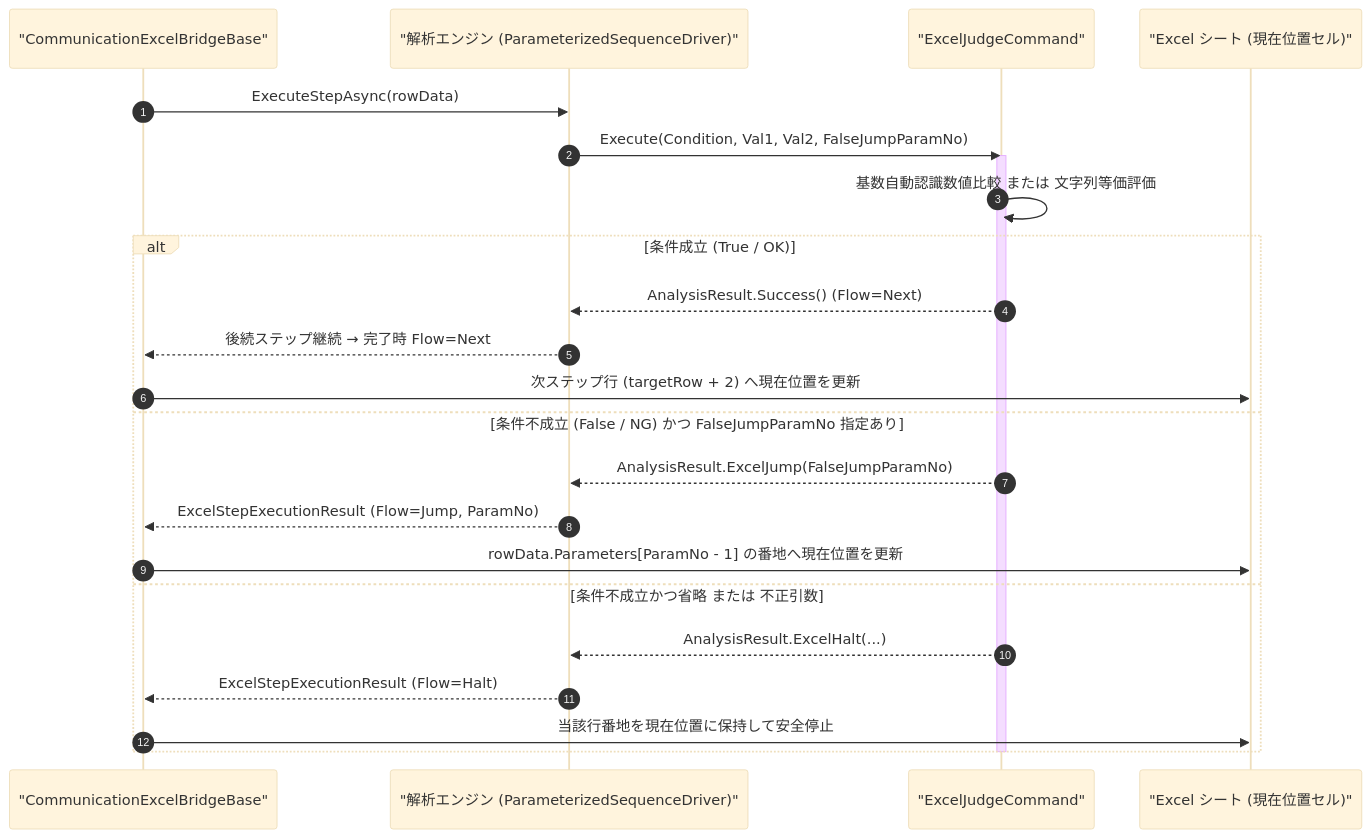
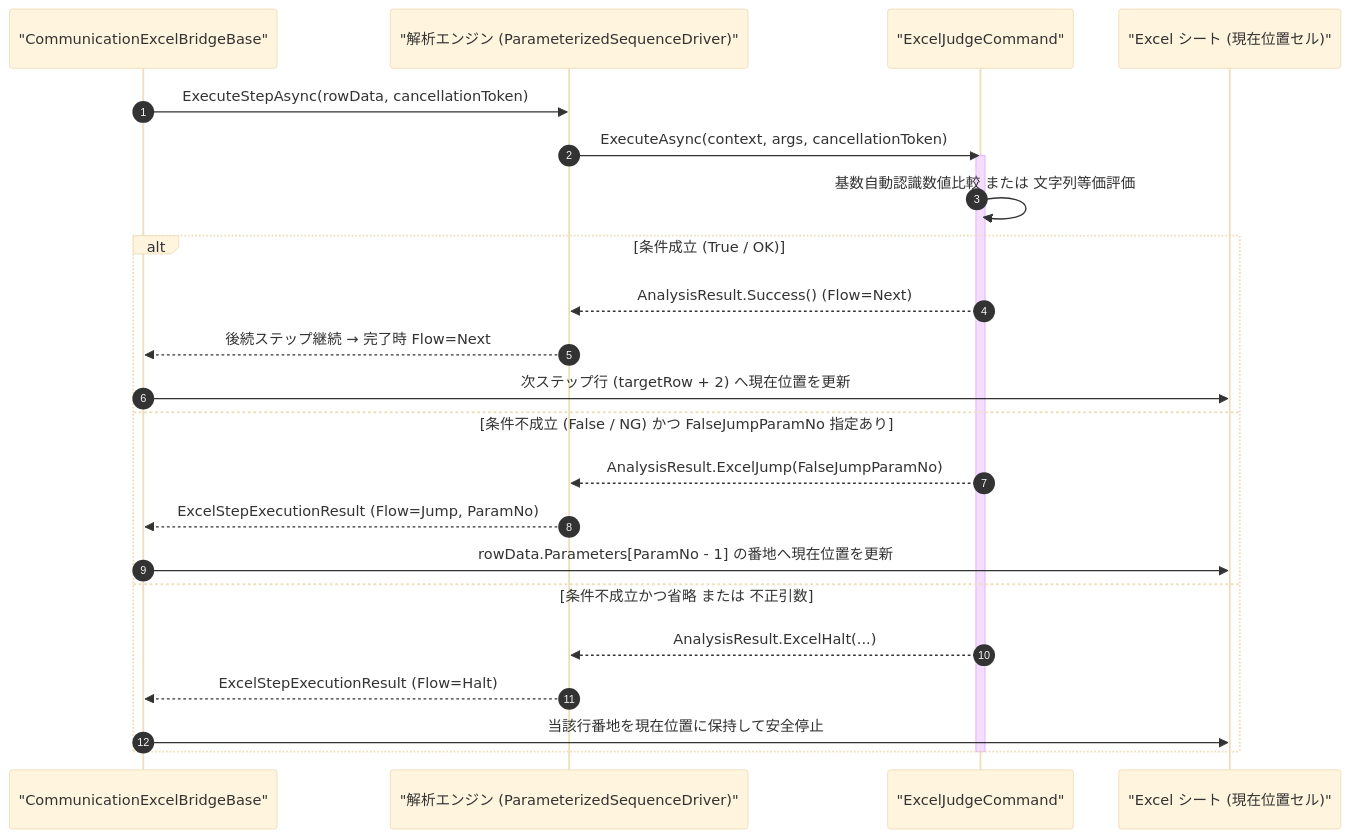
One commit to Monaca-App/TermAddIn changed the diagram in Manual/Core/Excel/Excel_Judge.Md. Above: the diagram before and after it, drawn with Mermaid (base theme). The commit also changed other lines of this file and 157 other files, not shown here.

````diff
--- a/Manual/Core/Excel/Excel_Judge.Md
+++ b/Manual/Core/Excel/Excel_Judge.Md
@@ -74,27 +74,27 @@
 ```mermaid
 sequenceDiagram
     autonumber
     participant Bridge as "CommunicationExcelBridgeBase"
     participant Engine as "解析エンジン (ParameterizedSequenceDriver)"
     participant Cmd as "ExcelJudgeCommand"
     participant Sheet as "Excel シート (現在位置セル)"
 
-    Bridge->>Engine: ExecuteStepAsync(rowData)
-    Engine->>Cmd: Execute(Condition, Val1, Val2, FalseJumpParamNo)
+    Bridge->>Engine: ExecuteStepAsync(rowData, cancellationToken)
+    Engine->>Cmd: ExecuteAsync(context, args, cancellationToken)
     activate Cmd
     Cmd->>Cmd: 基数自動認識数値比較 または 文字列等価評価
     alt 条件成立 (True / OK)
         Cmd-->>Engine: AnalysisResult.Success() (Flow=Next)
         Engine-->>Bridge: 後続ステップ継続 → 完了時 Flow=Next
         Bridge->>Sheet: 次ステップ行 (targetRow + 2) へ現在位置を更新
     else 条件不成立 (False / NG) かつ FalseJumpParamNo 指定あり
         Cmd-->>Engine: AnalysisResult.ExcelJump(FalseJumpParamNo)
         Engine-->>Bridge: ExcelStepExecutionResult (Flow=Jump, ParamNo)
         Bridge->>Sheet: rowData.Parameters[ParamNo - 1] の番地へ現在位置を更新
     else 条件不成立かつ省略 または 不正引数
         Cmd-->>Engine: AnalysisResult.ExcelHalt(...)
         Engine-->>Bridge: ExcelStepExecutionResult (Flow=Halt)
         Bridge->>Sheet: 当該行番地を現在位置に保持して安全停止
     end
     deactivate Cmd
 ```
````
